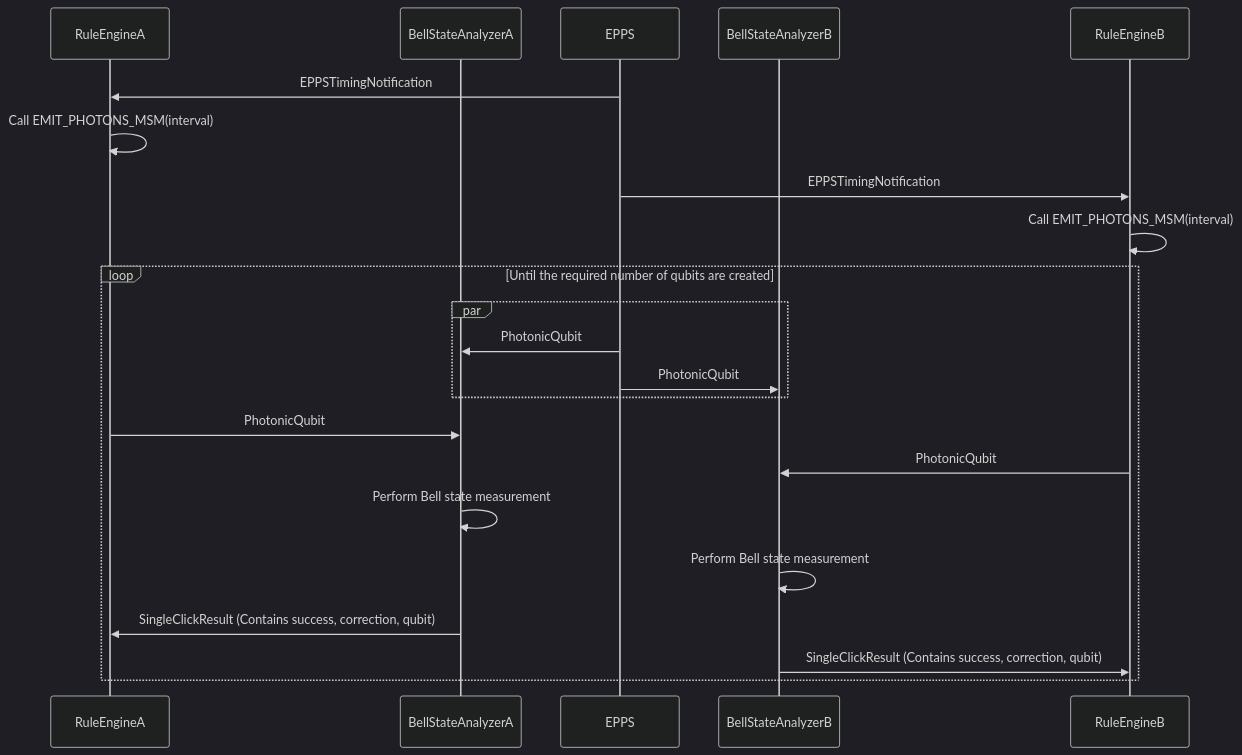
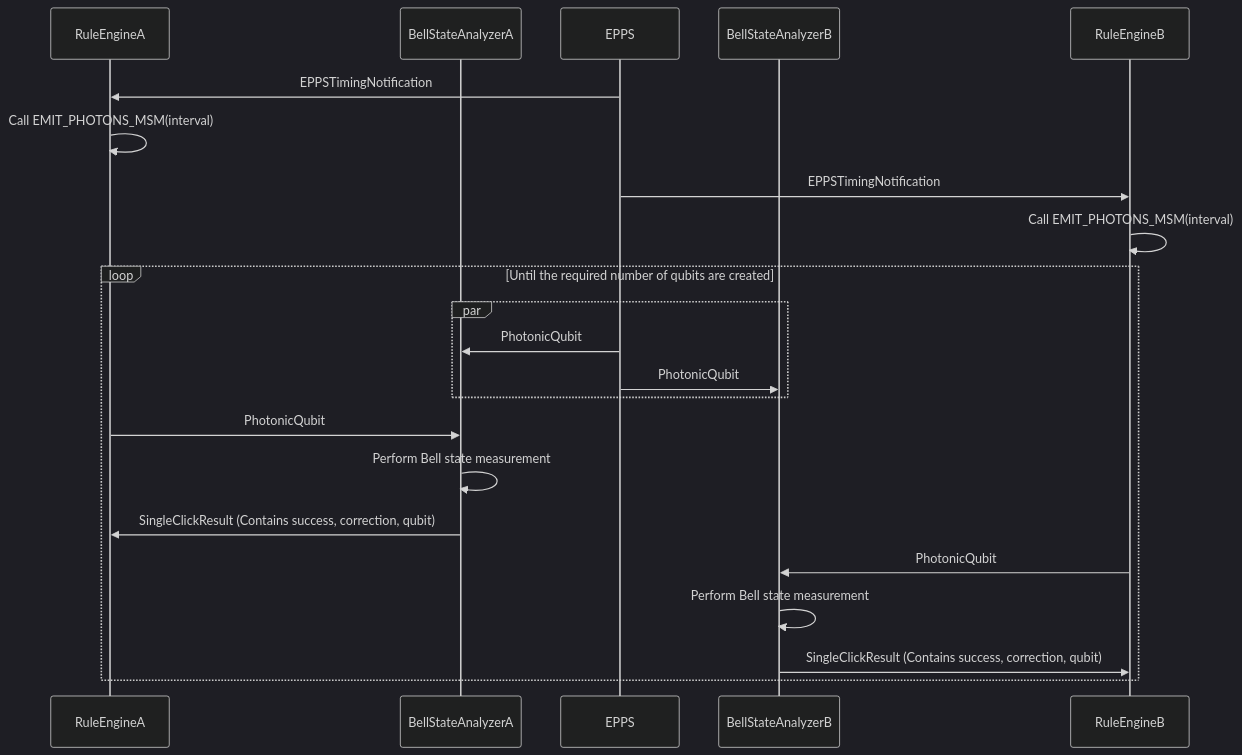
The first of 2 diagrams in quisp/modules/QRSA/RuleEngine/README.md (sfc-aqua/quisp), drawn with Mermaid (dark theme) before and after one commit. The commit also changed other lines of this file, not shown here.

````diff
--- a/quisp/modules/QRSA/RuleEngine/README.md
+++ b/quisp/modules/QRSA/RuleEngine/README.md
@@ -23,25 +23,25 @@
 ```mermaid
 sequenceDiagram
     participant REA as RuleEngineA
     participant BSAA as BellStateAnalyzerA
     participant EPPS as EPPS
     participant BSAB as BellStateAnalyzerB
     participant REB as RuleEngineB
 
     EPPS->>REA: EPPSTimingNotification
     REA->>REA: Call EMIT_PHOTONS_MSM(interval)
     EPPS->>REB: EPPSTimingNotification
     REB->>REB: Call EMIT_PHOTONS_MSM(interval)
     loop Until the required number of qubits are created
         par
             EPPS->>BSAA: PhotonicQubit
             EPPS->>BSAB: PhotonicQubit
         end
         REA->>BSAA: PhotonicQubit
+        BSAA->>BSAA: Perform Bell state measurement
+        BSAA->>REA: SingleClickResult (Contains success, correction, qubit)
         REB->>BSAB: PhotonicQubit
-        BSAA->>BSAA: Perform Bell state measurement
         BSAB->>BSAB: Perform Bell state measurement
-        BSAA->>REA: SingleClickResult (Contains success, correction, qubit)
         BSAB->>REB: SingleClickResult (Contains success, correction, qubit)
     end
 ```
````
